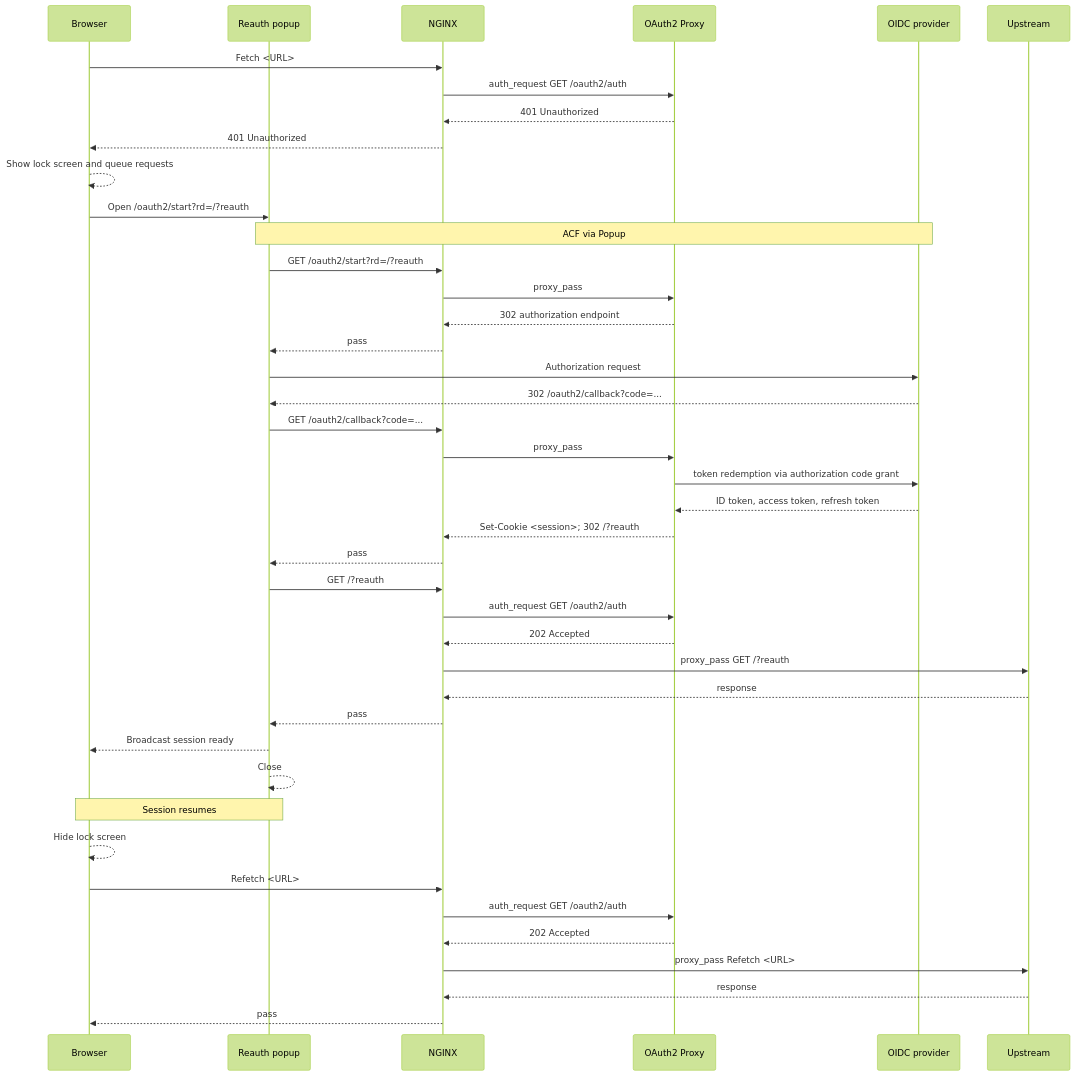
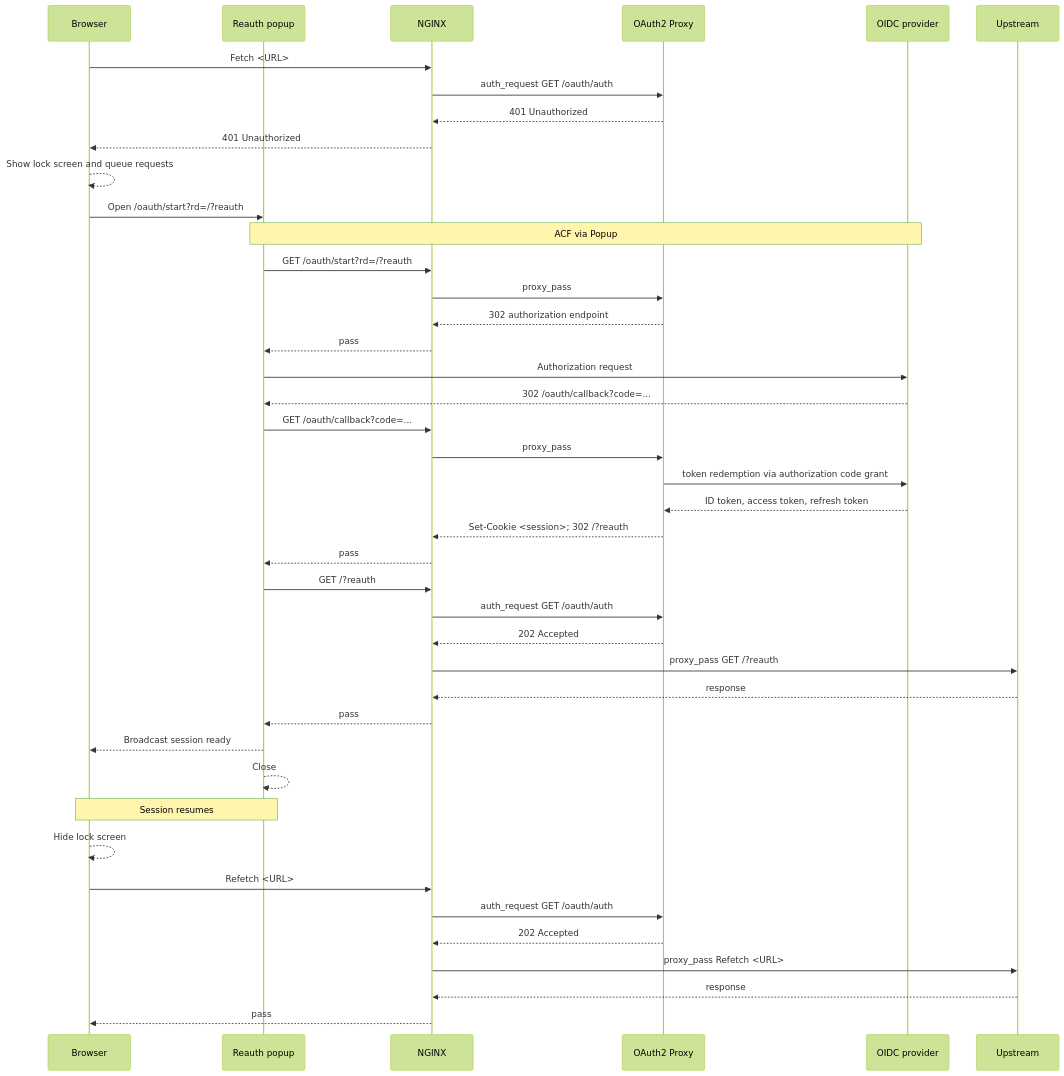
One commit to blakearoberts/visage changed the third of 6 diagrams in docs/session-lifecycle.md. Above: the diagram before and after it, drawn with Mermaid (forest theme). The commit also changed other lines of this file and 14 other files, not shown here.

Commit message:
Use /oauth as the OAuth2 Proxy endpoint prefix

````diff
--- a/docs/session-lifecycle.md
+++ b/docs/session-lifecycle.md
@@ -59,47 +59,47 @@
 ```mermaid
 sequenceDiagram
   participant Browser
   participant Popup as Reauth popup
   participant NGINX
   participant Proxy as OAuth2 Proxy
   participant IdP as OIDC provider
   participant Upstream
 
   Browser->>NGINX: Fetch <URL>
-  NGINX->>Proxy: auth_request GET /oauth2/auth
+  NGINX->>Proxy: auth_request GET /oauth/auth
   Proxy-->>NGINX: 401 Unauthorized
   NGINX-->>Browser: 401 Unauthorized
   Browser-->>Browser: Show lock screen and queue requests
 
-  Browser->>Popup: Open /oauth2/start?rd=/?reauth
+  Browser->>Popup: Open /oauth/start?rd=/?reauth
   Note over Popup,IdP: ACF via Popup
-  Popup->>NGINX: GET /oauth2/start?rd=/?reauth
+  Popup->>NGINX: GET /oauth/start?rd=/?reauth
   NGINX->>Proxy: proxy_pass
   Proxy-->>NGINX: 302 authorization endpoint
   NGINX-->>Popup: pass
   Popup->>IdP: Authorization request
-  IdP-->>Popup: 302 /oauth2/callback?code=...
-  Popup->>NGINX: GET /oauth2/callback?code=...
+  IdP-->>Popup: 302 /oauth/callback?code=...
+  Popup->>NGINX: GET /oauth/callback?code=...
   NGINX->>Proxy: proxy_pass
   Proxy->>IdP: token redemption via authorization code grant
   IdP-->>Proxy: ID token, access token, refresh token
   Proxy-->>NGINX: Set-Cookie <session>#59; 302 /?reauth
   NGINX-->>Popup: pass
   Popup->>NGINX: GET /?reauth
-  NGINX->>Proxy: auth_request GET /oauth2/auth
+  NGINX->>Proxy: auth_request GET /oauth/auth
   Proxy-->>NGINX: 202 Accepted
   NGINX->>Upstream: proxy_pass GET /?reauth
   Upstream-->>NGINX: response
   NGINX-->>Popup: pass
   Popup-->>Browser: Broadcast session ready
   Popup-->>Popup: Close
 
   Note over Browser,Popup: Session resumes
   Browser-->>Browser: Hide lock screen
   Browser->>NGINX: Refetch <URL>
-  NGINX->>Proxy: auth_request GET /oauth2/auth
+  NGINX->>Proxy: auth_request GET /oauth/auth
   Proxy-->>NGINX: 202 Accepted
   NGINX->>Upstream: proxy_pass Refetch <URL>
   Upstream-->>NGINX: response
   NGINX-->>Browser: pass
 ```
````
